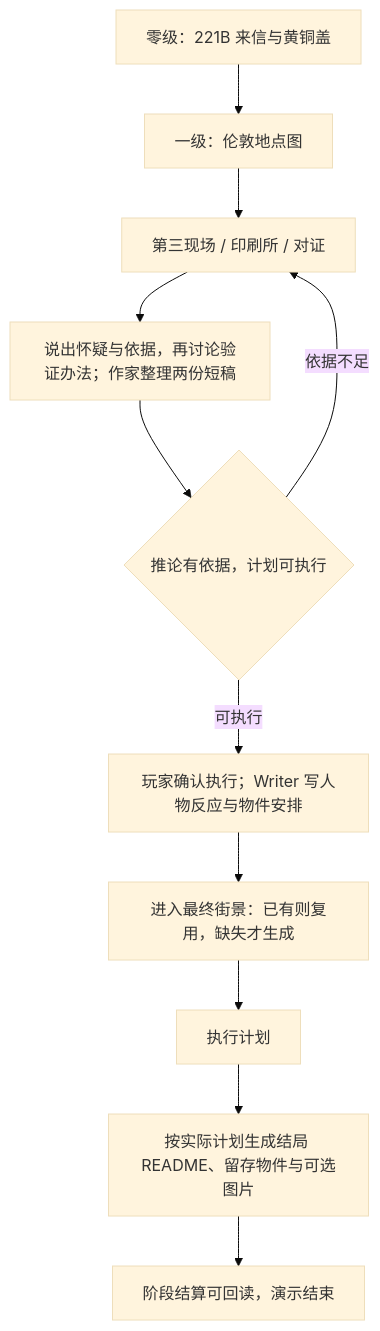
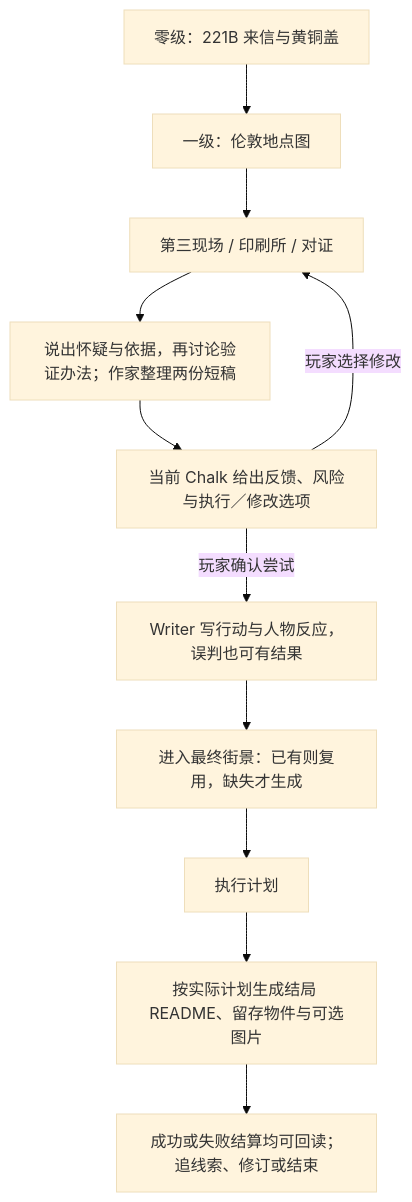
The diagram in docs/福尔摩斯短闭环与AI生长验收.md (LudicDynamics/hackathon), drawn with Mermaid (base theme) before and after one commit. The commit also changed other lines of this file and 6 other files, not shown here.

````diff
--- a/docs/福尔摩斯短闭环与AI生长验收.md
+++ b/docs/福尔摩斯短闭环与AI生长验收.md
@@ -20,13 +20,13 @@
 ```mermaid
 flowchart TD
     A[零级：221B 来信与黄铜盖] --> B[一级：伦敦地点图]
     B --> C[第三现场 / 印刷所 / 对证]
     C --> W[说出怀疑与依据，再讨论验证办法；作家整理两份短稿]
-    W --> D{推论有依据，计划可执行}
-    D -->|依据不足| C
-    D -->|可执行| E[玩家确认执行；Writer 写人物反应与物件安排]
+    W --> D[当前 Chalk 给出反馈、风险与执行／修改选项]
+    D -->|玩家选择修改| C
+    D -->|玩家确认尝试| E[Writer 写行动与人物反应，误判也可有结果]
     E --> F[进入最终街景：已有则复用，缺失才生成]
     F --> G[执行计划]
     G --> H[按实际计划生成结局 README、留存物件与可选图片]
-    H --> I[阶段结算可回读，演示结束]
+    H --> I[成功或失败结算均可回读；追线索、修订或结束]
 ```
````
